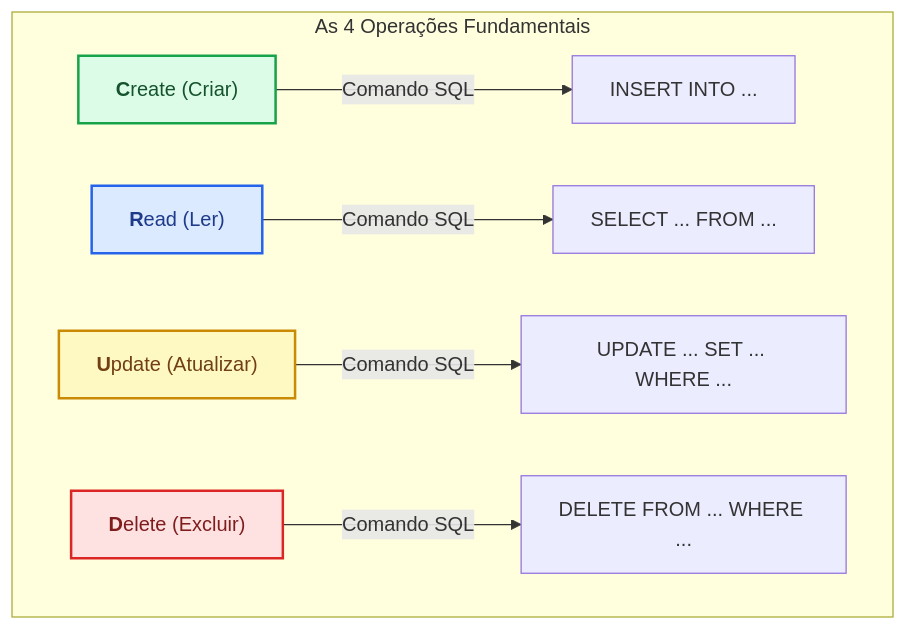
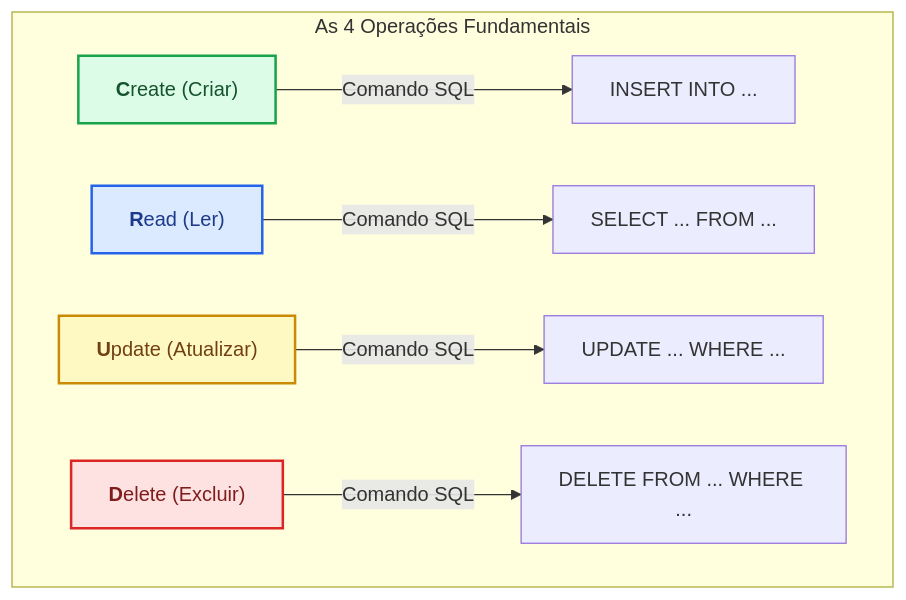
One commit to FelipeScalfi/BackEnd changed diagram 12 of 18 in README.md. Above: the diagram before and after it, drawn with Mermaid. The commit also changed other lines of this file and 12 other files, not shown here.

````diff
--- a/README.md
+++ b/README.md
@@ -1294,15 +1300,14 @@
 ```mermaid
 flowchart TB
     subgraph CRUD ["As 4 Operações Fundamentais"]
-        C["<b>C</b>reate (Criar)"] -->|"Comando SQL"| SQL_I["INSERT INTO ..."]
-        R["<b>R</b>ead (Ler)"] -->|"Comando SQL"| SQL_S["SELECT ... FROM ..."]
-        U["<b>U</b>pdate (Atualizar)"] -->|"Comando SQL"| SQL_U["UPDATE ... SET ... WHERE ..."]
-        D["<b>D</b>elete (Excluir)"] -->|"Comando SQL"| SQL_D["DELETE FROM ... WHERE ..."]
+        C["<b>C</b>reate (Criar)"] --> |"Comando SQL"| SQL_I["INSERT INTO ..."]
+        R["<b>R</b>ead (Ler)"] --> |"Comando SQL"| SQL_S["SELECT ... FROM ..."]
+        U["<b>U</b>pdate (Atualizar)"] --> |"Comando SQL"| SQL_U["UPDATE ... WHERE ..."]
+        D["<b>D</b>elete (Excluir)"] --> |"Comando SQL"| SQL_D["DELETE FROM ... WHERE ..."]
     end
 
     style C fill:#dcfce7,stroke:#16a34a,stroke-width:2px,color:#14532d
     style R fill:#dbeafe,stroke:#2563eb,stroke-width:2px,color:#1e3a8a
     style U fill:#fef9c3,stroke:#ca8a04,stroke-width:2px,color:#713f12
     style D fill:#fee2e2,stroke:#dc2626,stroke-width:2px,color:#7f1d1d
-
 ```
````
